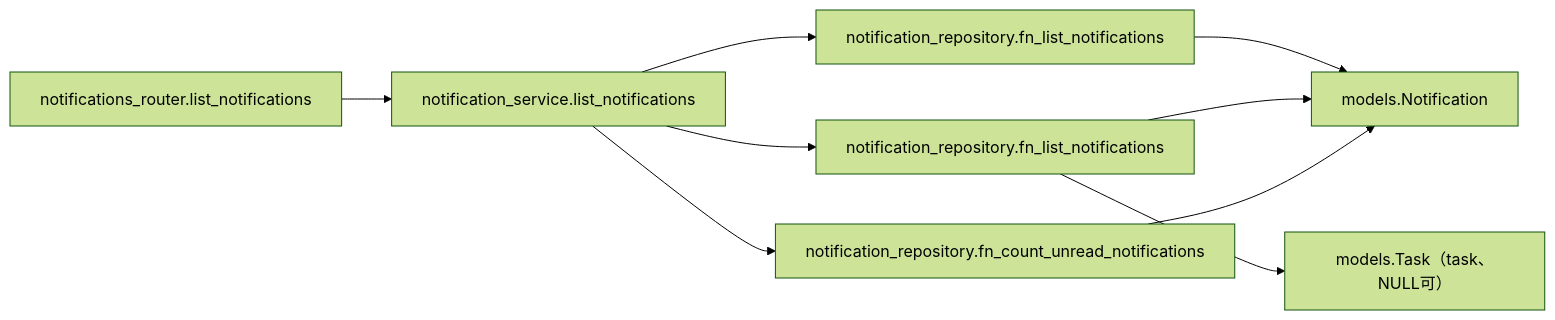
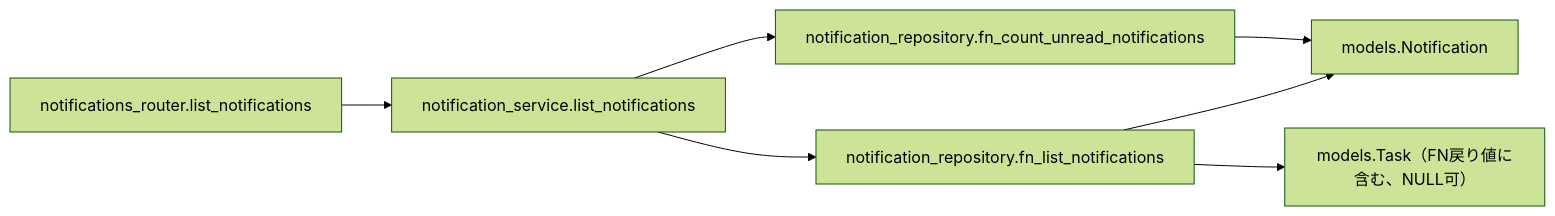
The third of 4 diagrams in detailed_design/api/notifications/01_get_notifications.md (oikawa-d/task_management), drawn with Mermaid (forest theme) before and after one commit. The commit also changed other lines of this file and 5 other files, not shown here.

````diff
--- a/detailed_design/api/notifications/01_get_notifications.md
+++ b/detailed_design/api/notifications/01_get_notifications.md
@@ -204,11 +200,9 @@
 ```mermaid
 flowchart LR
     R["notifications_router.list_notifications"] --> S["notification_service.list_notifications"]
     S --> NR1["notification_repository.fn_list_notifications"]
-    S --> NR2["notification_repository.fn_list_notifications"]
     S --> NR3["notification_repository.fn_count_unread_notifications"]
     NR1 --> M["models.Notification"]
-    NR2 --> M
-    NR2 --> MT["models.Task（task、NULL可）"]
+    NR1 --> MT["models.Task（FN戻り値に含む、NULL可）"]
     NR3 --> M
 ```
````
